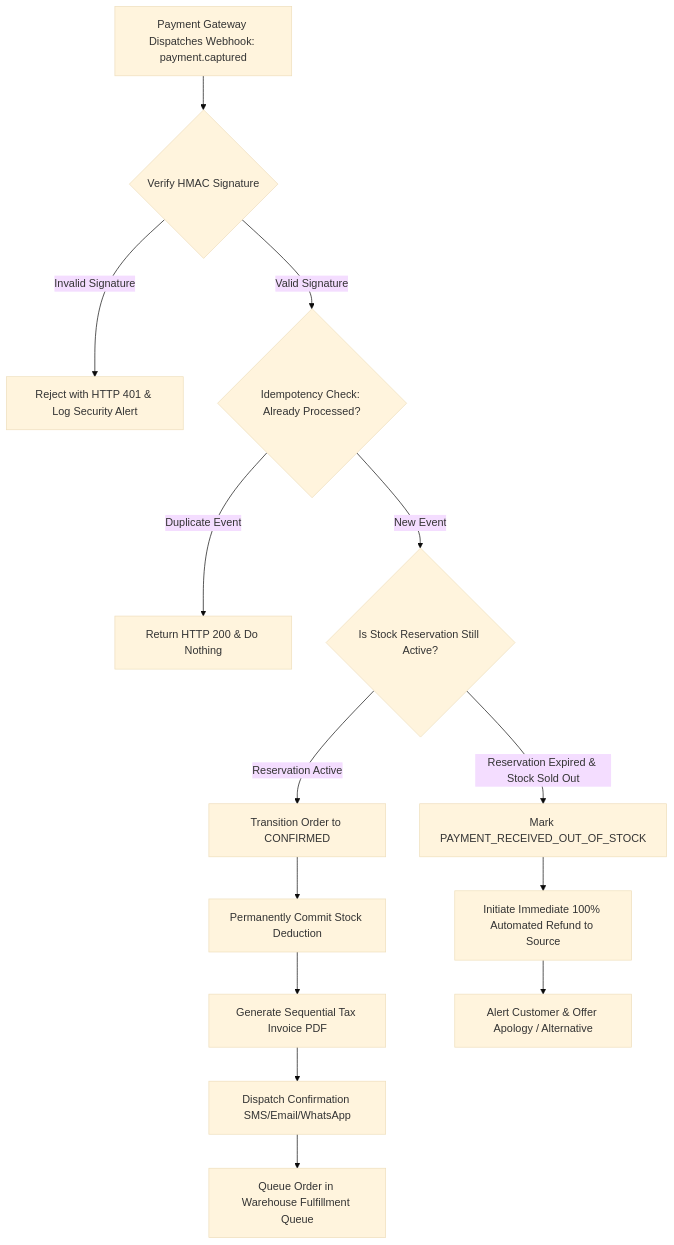
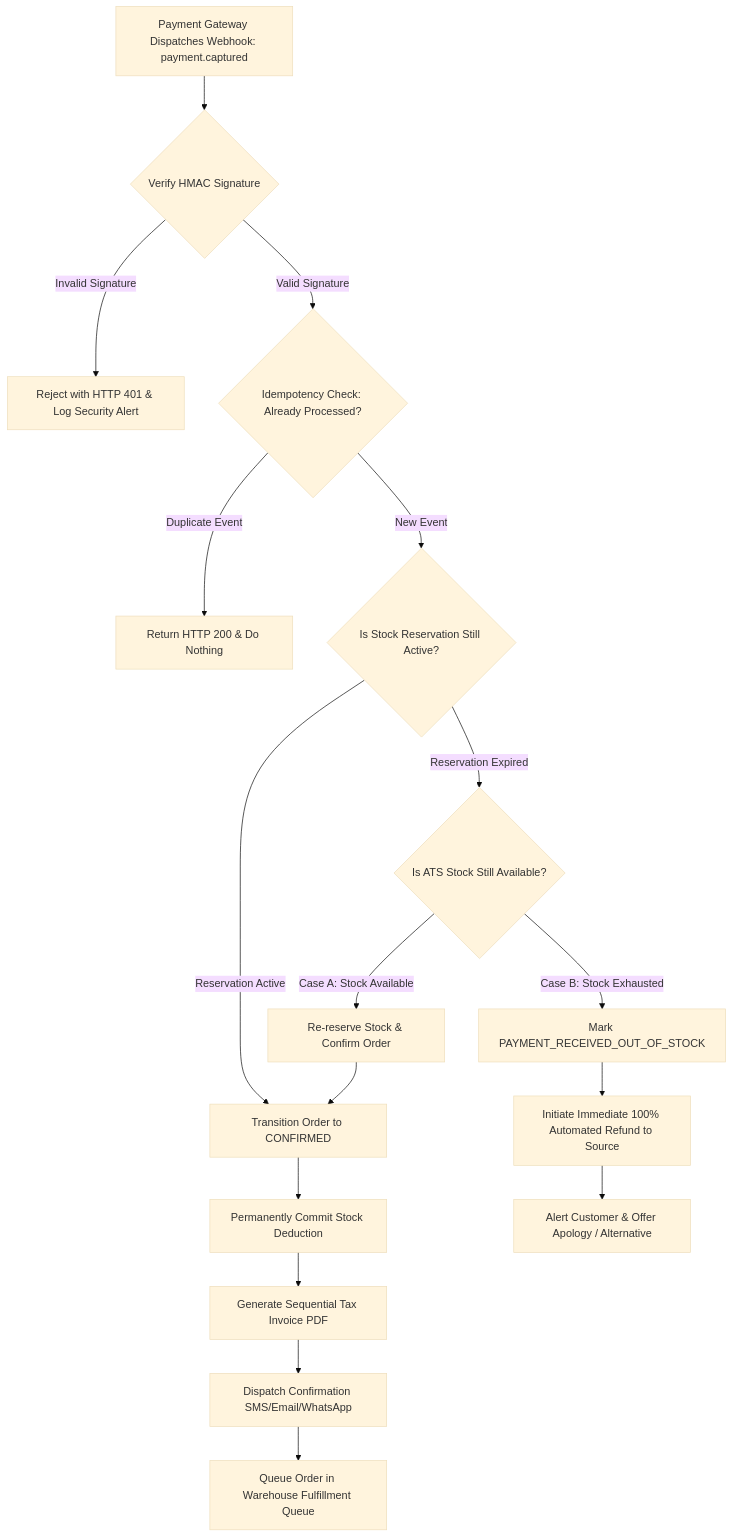
Before and after one commit to ezhilselvan1109/chellaa-system: the seventh of 16 diagrams in docs/00-requirements/06-business-workflows.md, drawn with Mermaid (base theme). The commit also changed other lines of this file and 13 other files, not shown here.

````diff
--- a/docs/00-requirements/06-business-workflows.md
+++ b/docs/00-requirements/06-business-workflows.md
@@ -360,16 +362,19 @@
 ```mermaid
 flowchart TD
     A[Payment Gateway Dispatches Webhook: payment.captured] --> B{Verify HMAC Signature}
     B -->|Invalid Signature| C[Reject with HTTP 401 & Log Security Alert]
     B -->|Valid Signature| D{Idempotency Check: Already Processed?}
     D -->|Duplicate Event| E[Return HTTP 200 & Do Nothing]
     D -->|New Event| F{Is Stock Reservation Still Active?}
     F -->|Reservation Active| G[Transition Order to CONFIRMED]
     G --> H[Permanently Commit Stock Deduction]
     H --> I[Generate Sequential Tax Invoice PDF]
     I --> J[Dispatch Confirmation SMS/Email/WhatsApp]
     J --> K[Queue Order in Warehouse Fulfillment Queue]
-    F -->|Reservation Expired & Stock Sold Out| L[Mark PAYMENT_RECEIVED_OUT_OF_STOCK]
-    L --> M[Initiate Immediate 100% Automated Refund to Source]
-    M --> N[Alert Customer & Offer Apology / Alternative]
+    F -->|Reservation Expired| L{Is ATS Stock Still Available?}
+    L -->|Case A: Stock Available| M[Re-reserve Stock & Confirm Order]
+    M --> G
+    L -->|Case B: Stock Exhausted| N[Mark PAYMENT_RECEIVED_OUT_OF_STOCK]
+    N --> O[Initiate Immediate 100% Automated Refund to Source]
+    O --> P[Alert Customer & Offer Apology / Alternative]
 ```
````
